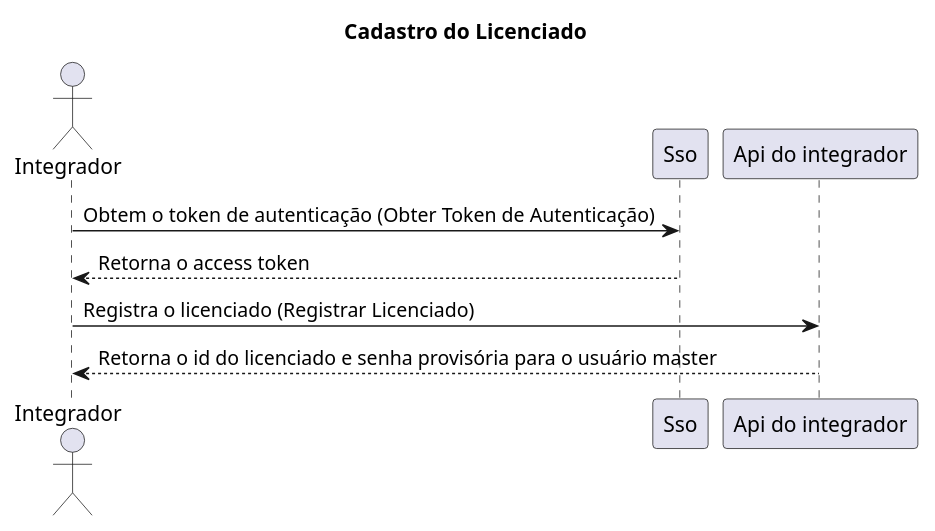
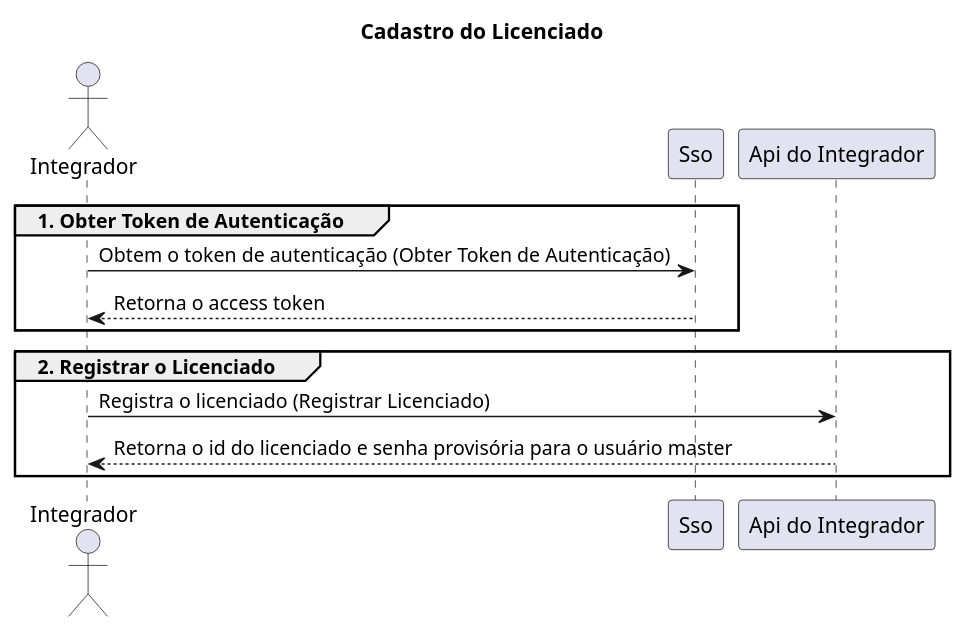
Before and after one commit to gestao-segura/docs: the diagram in sequencia-registro-do-licenciado.puml, drawn with PlantUML. The commit also changed 6 other files, not shown here.

Commit message:
feat: acertando os diagramas

```diff
--- a/sequencia-registro-do-licenciado.puml
+++ b/sequencia-registro-do-licenciado.puml
@@ -1,12 +1,16 @@
 @startuml
 title Cadastro do Licenciado
 actor Integrador
 participant "Sso" as Sso
-participant "Api do integrador" as ApiIntegrador
+participant "Api do Integrador" as ApiIntegrador
 
-Integrador -> Sso: Obtem o token de autenticação (Obter Token de Autenticação)
-Sso --> Integrador: Retorna o access token
+group 1. Obter Token de Autenticação
+    Integrador -> Sso: Obtem o token de autenticação (Obter Token de Autenticação)
+    Sso --> Integrador: Retorna o access token
+end group
 
-Integrador -> ApiIntegrador: Registra o licenciado (Registrar Licenciado)
-ApiIntegrador --> Integrador: Retorna o id do licenciado e senha provisória para o usuário master
+group 2. Registrar o Licenciado
+    Integrador -> ApiIntegrador: Registra o licenciado (Registrar Licenciado)
+    ApiIntegrador --> Integrador: Retorna o id do licenciado e senha provisória para o usuário master
+end group
 @enduml
```
